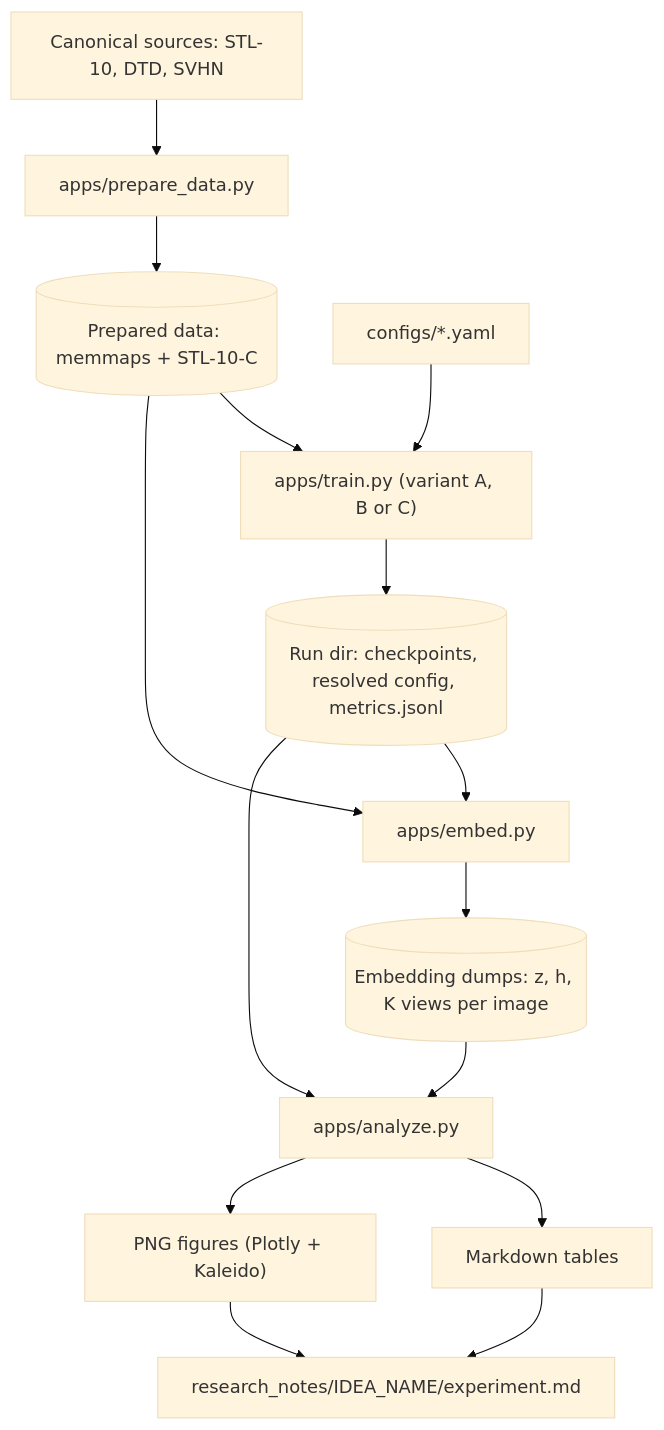
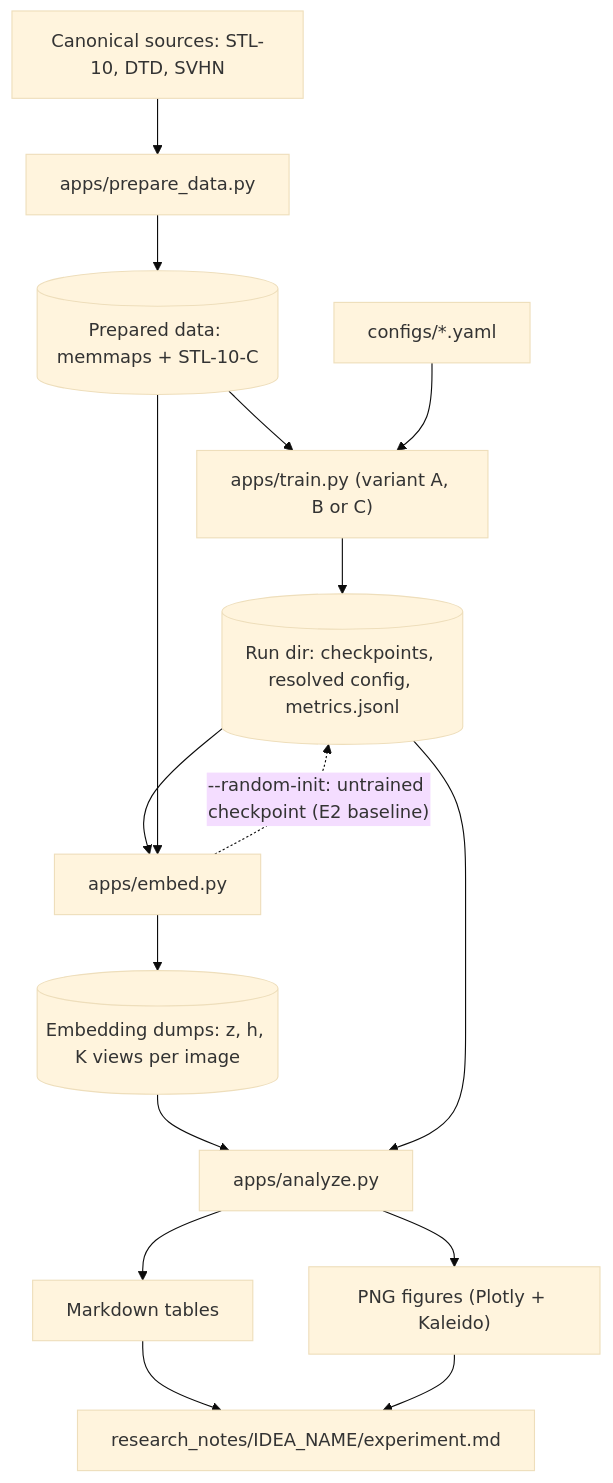
Before and after one commit to Dant86/lejepa_norm: the second of 2 diagrams in docs/architecture.md, drawn with Mermaid (base theme). The commit also changed other lines of this file and 16 other files, not shown here.

Commit message:
E2 controls: random-init embed mode, redundancy controls with bootstrap, random smooth functions, learning curve (pre-registered readings in notes)

````diff
--- a/docs/architecture.md
+++ b/docs/architecture.md
@@ -60,17 +63,18 @@
 ```mermaid
 flowchart TD
     SRC["Canonical sources: STL-10, DTD, SVHN"] --> PD["apps/prepare_data.py"]
     PD --> DATA[("Prepared data: memmaps + STL-10-C")]
     DATA --> TR["apps/train.py (variant A, B or C)"]
     CFG["configs/*.yaml"] --> TR
     TR --> RUN[("Run dir: checkpoints, resolved config, metrics.jsonl")]
     RUN --> EM["apps/embed.py"]
     DATA --> EM
+    EM -. "--random-init: untrained checkpoint (E2 baseline)" .-> RUN
     EM --> EMB[("Embedding dumps: z, h, K views per image")]
     EMB --> AN["apps/analyze.py"]
     RUN --> AN
     AN --> TAB["Markdown tables"]
     AN --> PNG["PNG figures (Plotly + Kaleido)"]
     TAB --> NOTE["research_notes/IDEA_NAME/experiment.md"]
     PNG --> NOTE
 ```
````
